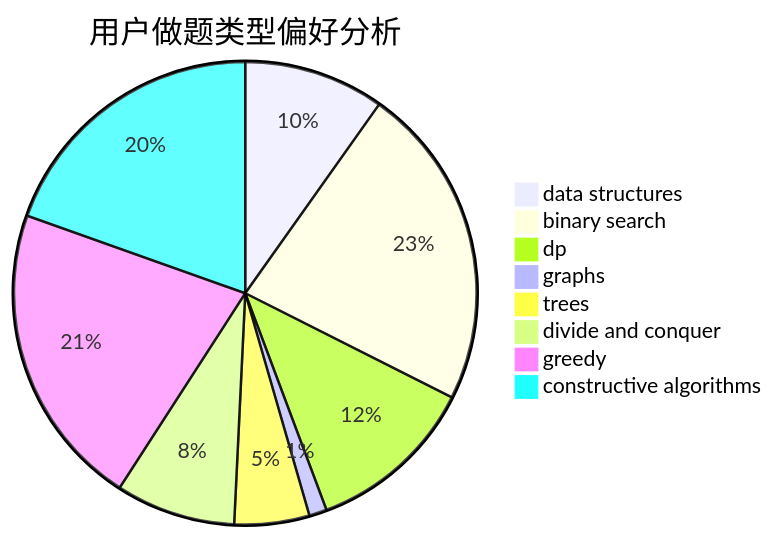
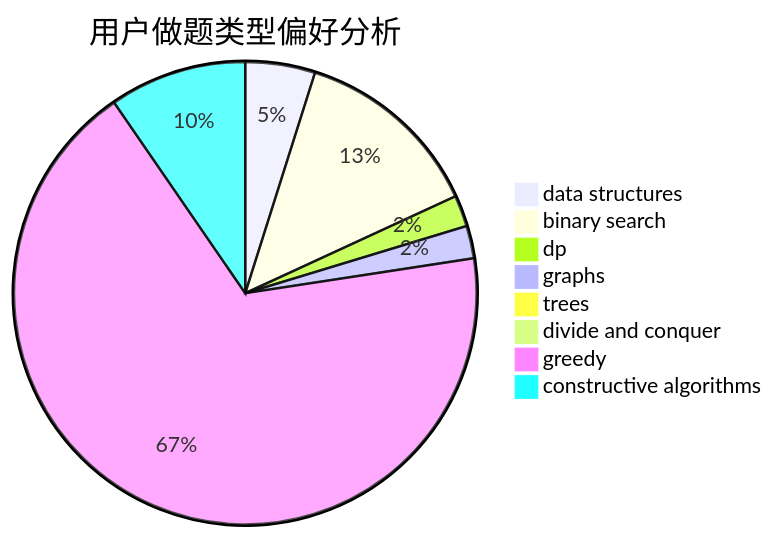
One commit to sherpahu/cfrs.github.io changed the second of 3 diagrams in docs/user/u330.md. Above: the diagram before and after it, drawn with Mermaid. The commit also changed other lines of this file and 2770 other files, not shown here.

````diff
--- a/docs/user/u330.md
+++ b/docs/user/u330.md
@@ -23,11 +23,11 @@
 ```mermaid
 pie title 用户做题类型偏好分析
-    "data structures" :  135
-    "binary search" :  311
-    "dp" :  163
-    "graphs" :  17
-    "trees" :  72
-    "divide and conquer" :  115
-    "greedy" :  293
-    "constructive algorithms" :  269
+    "data structures" :  60
+    "binary search" :  163
+    "dp" :  27
+    "graphs" :  28
+    "trees" :  6
+    "divide and conquer" :  2
+    "greedy" :  835
+    "constructive algorithms" :  118
 ```
````
